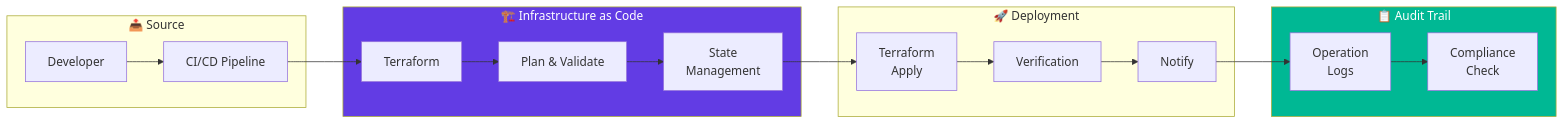
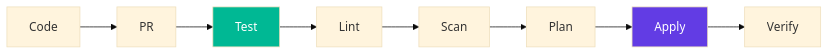
The second of 3 diagrams in README.md (patabuga/patabuga), drawn with Mermaid before and after one commit. The commit also changed other lines of this file, not shown here.

First line of the commit message:
refactor: simplify README with global Mermaid best practices

````diff
--- a/README.md
+++ b/README.md
@@ -93,37 +86,14 @@
 ```mermaid
+%%{init: {'theme': 'base'}}%%
 flowchart LR
-    subgraph Source["📤 Source"]
-        DEV[Developer]
-        CI[CI/CD Pipeline]
-    end
-
-    subgraph IaC["🏗️ Infrastructure as Code"]
-        TF[Terraform]
-        PLAN[Plan & Validate]
-        STATE[State<br/>Management]
-    end
-
-    subgraph Deploy["🚀 Deployment"]
-        APPLY[Terraform<br/>Apply]
-        VERIFY[Verification]
-        NOTIFY[Notify]
-    end
-
-    subgraph Audit["📋 Audit Trail"]
-        LOGS[Operation<br/>Logs]
-        COMPLIANCE[Compliance<br/>Check]
-    end
-
-    DEV --> CI
-    CI --> TF
-    TF --> PLAN
-    PLAN --> STATE
-    STATE --> APPLY
-    APPLY --> VERIFY
-    VERIFY --> NOTIFY
-    NOTIFY --> LOGS
-    LOGS --> COMPLIANCE
+    A[Code] --> B[PR]
+    B --> C[Test]
+    C --> D[Lint]
+    D --> E[Scan]
+    E --> F[Plan]
+    F --> G[Apply]
+    G --> H[Verify]
     
-    style IaC fill:#623CE4,color:#fff
-    style Audit fill:#00b894,color:#fff
+    style C fill:#00b894,color:#fff
+    style G fill:#623CE4,color:#fff
 ```
````
